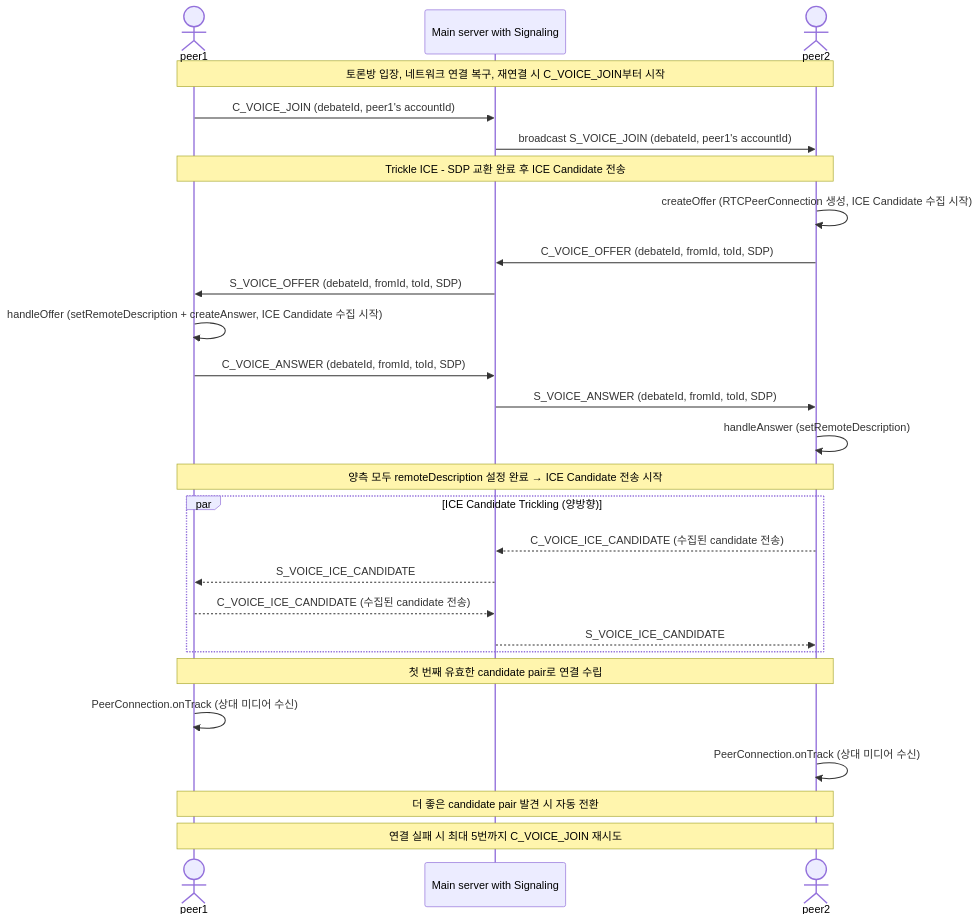
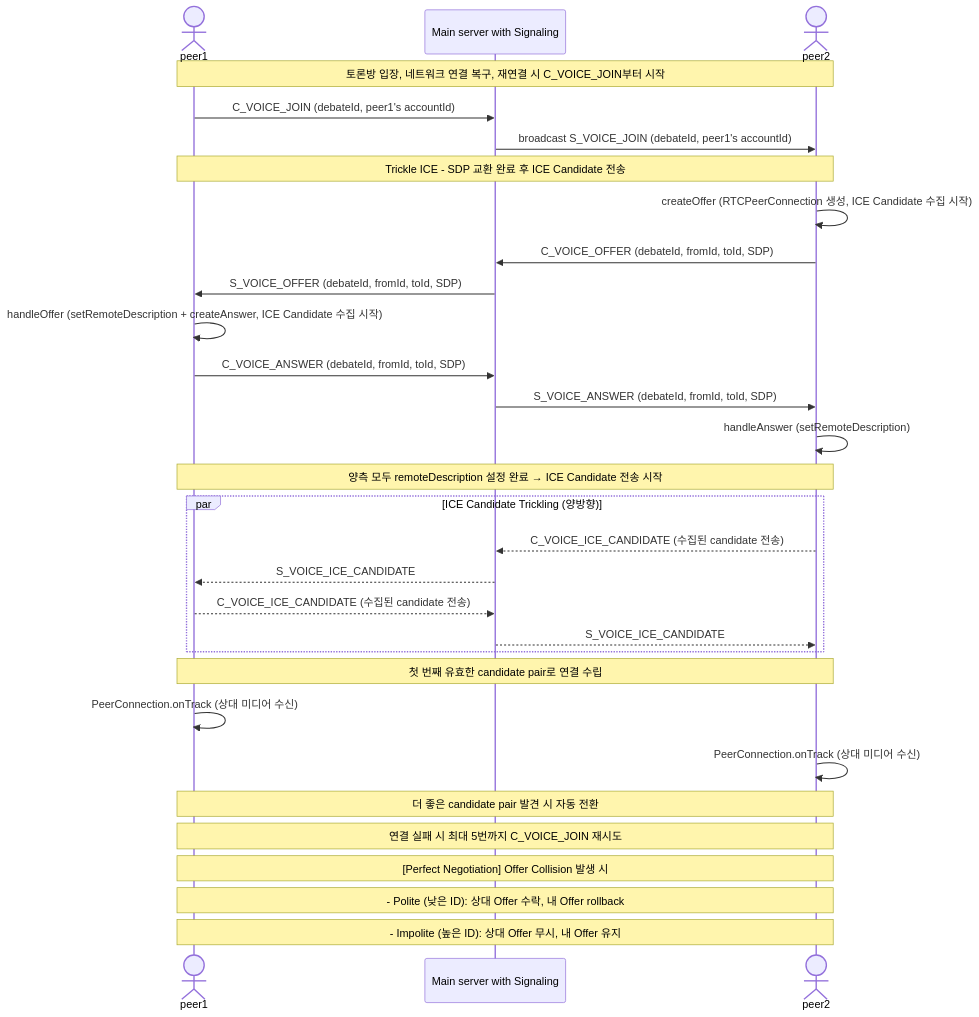
One commit to hjch0211/book-talk changed the diagram in README.md. Above: the diagram before and after it, drawn with Mermaid. The commit also changed 2 other files, not shown here.

Commit message:
feat: apply perfect negotiation pattern in webRTC

````diff
--- a/README.md
+++ b/README.md
@@ -85,37 +85,41 @@
 ```mermaid
 sequenceDiagram
     actor p1 as peer1
     participant s as Main server with Signaling
     actor p2 as peer2
 
     note over p1, p2: 토론방 입장, 네트워크 연결 복구, 재연결 시 C_VOICE_JOIN부터 시작
     p1->>s: C_VOICE_JOIN (debateId, peer1's accountId)
     s->>p2: broadcast S_VOICE_JOIN (debateId, peer1's accountId)
 
     note over p1, p2: Trickle ICE - SDP 교환 완료 후 ICE Candidate 전송
 
     p2->>p2: createOffer (RTCPeerConnection 생성, ICE Candidate 수집 시작)
     p2->>s: C_VOICE_OFFER (debateId, fromId, toId, SDP)
     s->>p1: S_VOICE_OFFER (debateId, fromId, toId, SDP)
 
     p1->>p1: handleOffer (setRemoteDescription + createAnswer, ICE Candidate 수집 시작)
     p1->>s: C_VOICE_ANSWER (debateId, fromId, toId, SDP)
     s->>p2: S_VOICE_ANSWER (debateId, fromId, toId, SDP)
     p2->>p2: handleAnswer (setRemoteDescription)
 
     note over p1, p2: 양측 모두 remoteDescription 설정 완료 → ICE Candidate 전송 시작
 
     par ICE Candidate Trickling (양방향)
         p2-->>s: C_VOICE_ICE_CANDIDATE (수집된 candidate 전송)
         s-->>p1: S_VOICE_ICE_CANDIDATE
         p1-->>s: C_VOICE_ICE_CANDIDATE (수집된 candidate 전송)
         s-->>p2: S_VOICE_ICE_CANDIDATE
     end
 
     note over p1, p2: 첫 번째 유효한 candidate pair로 연결 수립
     p1->>p1: PeerConnection.onTrack (상대 미디어 수신)
     p2->>p2: PeerConnection.onTrack (상대 미디어 수신)
 
     note over p1, p2: 더 좋은 candidate pair 발견 시 자동 전환
     note over p1, p2: 연결 실패 시 최대 5번까지 C_VOICE_JOIN 재시도
+
+    note over p1, p2: [Perfect Negotiation] Offer Collision 발생 시
+    note over p1, p2: - Polite (낮은 ID): 상대 Offer 수락, 내 Offer rollback
+    note over p1, p2: - Impolite (높은 ID): 상대 Offer 무시, 내 Offer 유지
 ```
````
